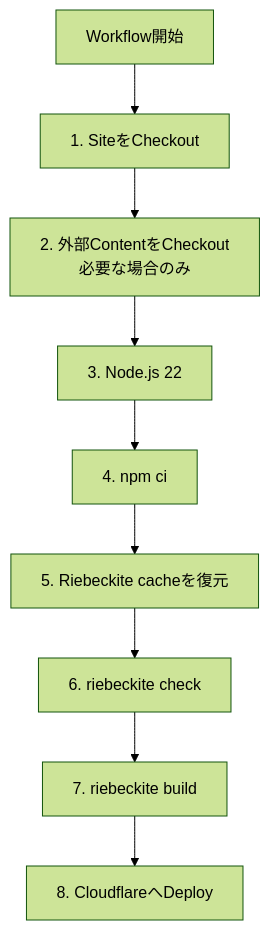
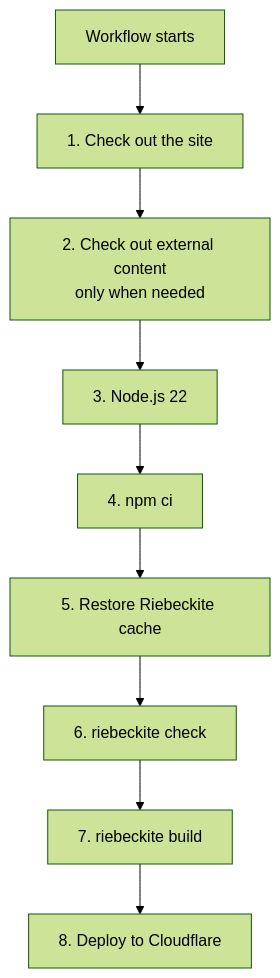
Before and after one commit to Rerurate514/riebeckite: the seventh of 11 diagrams in docs/docs/guides/deployment/github-actions.md, drawn with Mermaid (forest theme). The commit also changed other lines of this file and 604 other files, not shown here.

````diff
--- a/docs/docs/guides/deployment/github-actions.md
+++ b/docs/docs/guides/deployment/github-actions.md
@@ -382,21 +352,21 @@
-```mermaid id="hdbpqw"
+```mermaid
 flowchart TD
-    Start["Workflow開始"]
-    CheckoutSite["1. SiteをCheckout"]
-    CheckoutContent["2. 外部ContentをCheckout<br/>必要な場合のみ"]
+    Start["Workflow starts"]
+    CheckoutSite["1. Check out the site"]
+    CheckoutContent["2. Check out external content<br/>only when needed"]
     Node["3. Node.js 22"]
     Install["4. npm ci"]
-    Cache["5. Riebeckite cacheを復元"]
+    Cache["5. Restore Riebeckite cache"]
     Check["6. riebeckite check"]
     Build["7. riebeckite build"]
-    Deploy["8. CloudflareへDeploy"]
+    Deploy["8. Deploy to Cloudflare"]
 
     Start --> CheckoutSite
     CheckoutSite --> CheckoutContent
     CheckoutContent --> Node
     Node --> Install
     Install --> Cache
     Cache --> Check
     Check --> Build
     Build --> Deploy
 ```
````
